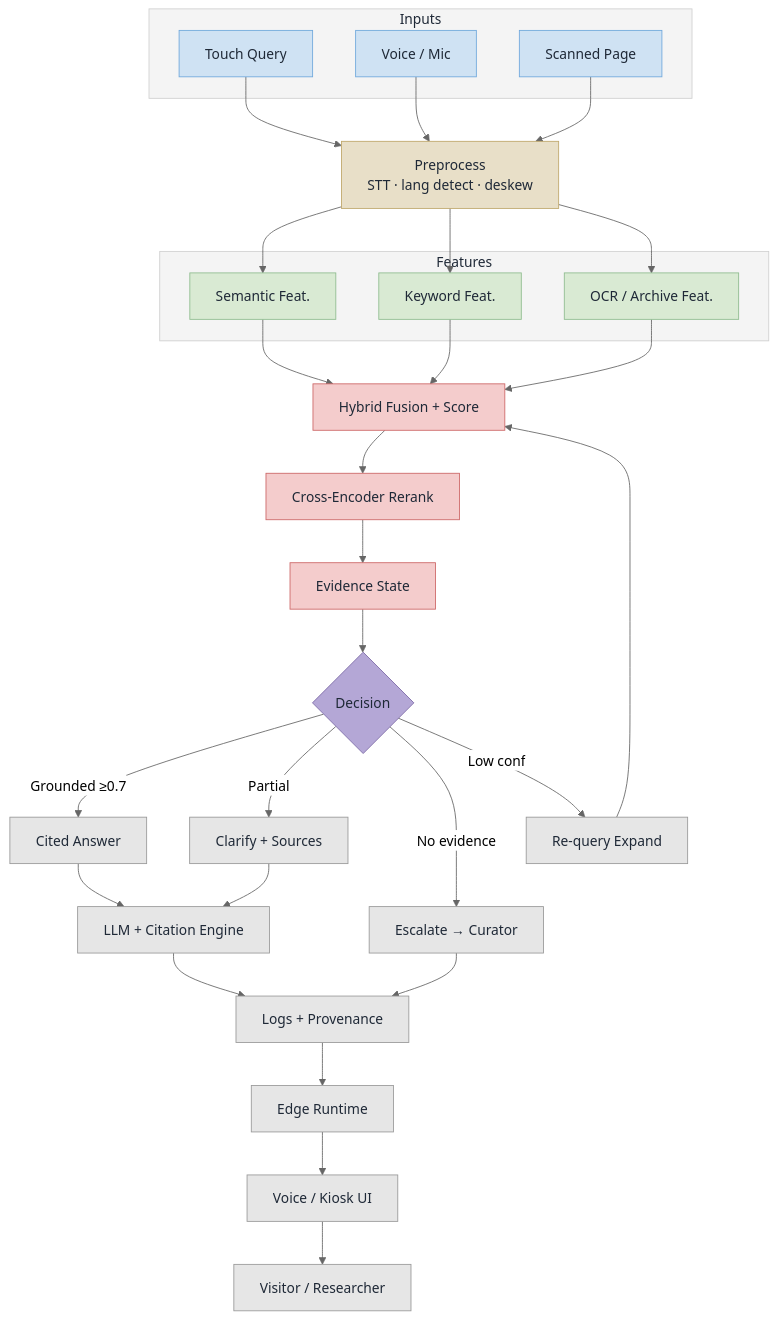
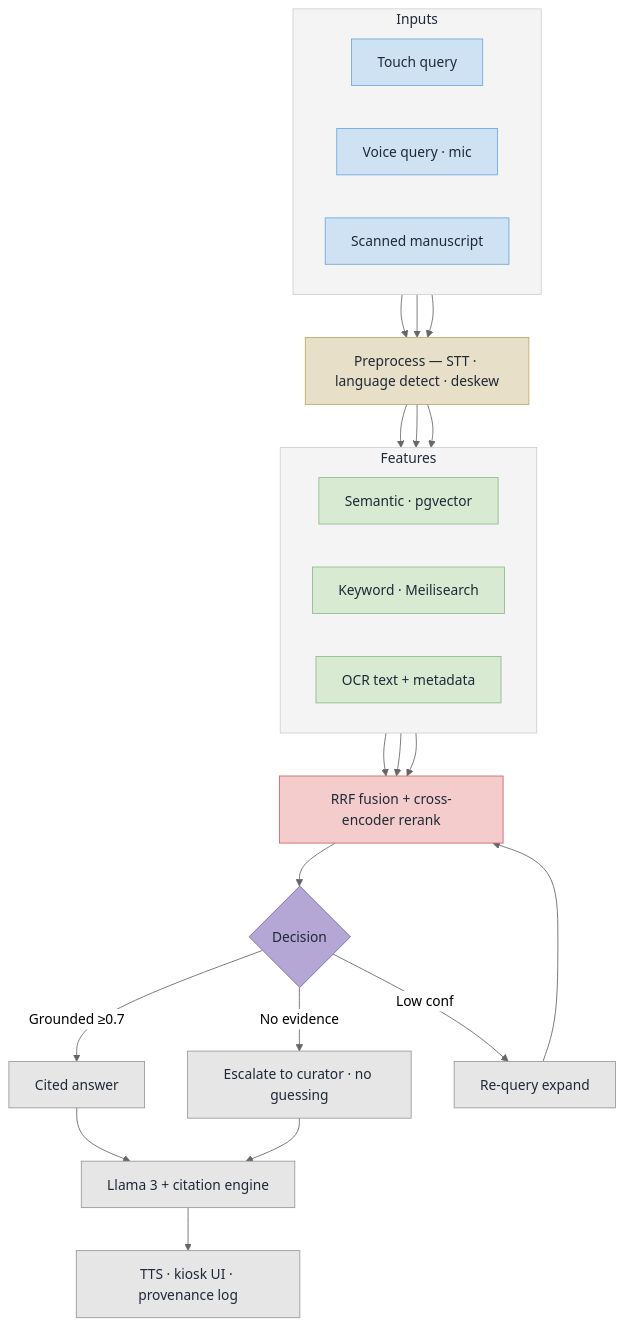
Before and after one commit to UdayPS-4o/SIH26: the diagram in 26096/architecture/implementation-flow.mmd, drawn with Mermaid (neutral theme). The commit also changed 13 other files, not shown here.

First line of the commit message:
Make implementation flow diagrams slide-sized; keep detailed variants

```diff
--- a/26096/architecture/implementation-flow.mmd
+++ b/26096/architecture/implementation-flow.mmd
@@ -1,62 +1,54 @@
 flowchart TD
     subgraph INPUTS[" Inputs "]
-        I1["Touch Query"]
-        I2["Voice / Mic"]
-        I3["Scanned Page"]
+        direction LR
+        I1["Touch query"]
+        I2["Voice query · mic"]
+        I3["Scanned manuscript"]
+    end
+
+    PRE["Preprocess — STT · language detect · deskew"]
+
+    subgraph FEATURES[" Features "]
+        direction LR
+        F1["Semantic · pgvector"]
+        F2["Keyword · Meilisearch"]
+        F3["OCR text + metadata"]
     end
 
     I1 --> PRE
     I2 --> PRE
     I3 --> PRE
-
-    PRE["Preprocess<br/>STT · lang detect · deskew"]
-
-    subgraph FEATURES[" Features "]
-        F1["Semantic Feat."]
-        F2["Keyword Feat."]
-        F3["OCR / Archive Feat."]
-    end
-
     PRE --> F1
     PRE --> F2
     PRE --> F3
 
-    F1 --> FUSE["Hybrid Fusion + Score"]
+    F1 --> FUSE["RRF fusion + cross-encoder rerank"]
     F2 --> FUSE
     F3 --> FUSE
 
-    FUSE --> RERANK["Cross-Encoder Rerank"]
-    RERANK --> STATE["Evidence State"]
-    STATE --> DEC{"Decision"}
+    FUSE --> DEC{"Decision"}
+    DEC -->|"Grounded ≥0.7"| B1["Cited answer"]
+    DEC -->|"No evidence"| B2["Escalate to curator · no guessing"]
+    DEC -->|"Low conf"| B3["Re-query expand"]
+    B3 --> FUSE
 
-    DEC -->|"Grounded ≥0.7"| B1["Cited Answer"]
-    DEC -->|"Partial"| B2["Clarify + Sources"]
-    DEC -->|"No evidence"| B3["Escalate → Curator"]
-    DEC -->|"Low conf"| B4["Re-query Expand"]
-    B4 --> FUSE
-
-    B1 --> GEN["LLM + Citation Engine"]
+    B1 --> GEN["Llama 3 + citation engine"]
     B2 --> GEN
-    B3 --> LOGS
-
-    GEN --> LOGS["Logs + Provenance"]
-    LOGS --> RUNTIME["Edge Runtime"]
-    RUNTIME --> VOICE["Voice / Kiosk UI"]
-    VOICE --> USER["Visitor / Researcher"]
+    GEN --> OUT["TTS · kiosk UI · provenance log"]
 
     classDef input fill:#cfe2f3,stroke:#6fa8dc,color:#1f2937;
     classDef pre fill:#e8dfc8,stroke:#bfa76a,color:#1f2937;
     classDef feat fill:#d9ead3,stroke:#8fbc8f,color:#1f2937;
     classDef score fill:#f4cccc,stroke:#cc6666,color:#1f2937;
     classDef dec fill:#b4a7d6,stroke:#7b68a6,color:#1f2937;
     classDef act fill:#e6e6e6,stroke:#999999,color:#1f2937;
 
     class I1,I2,I3 input;
     class PRE pre;
     class F1,F2,F3 feat;
-    class FUSE,RERANK,STATE score;
+    class FUSE score;
     class DEC dec;
-    class B1,B2,B3,B4,GEN,LOGS,RUNTIME,VOICE,USER act;
+    class B1,B2,B3,GEN,OUT act;
 
     style INPUTS fill:#f4f4f4,stroke:#d0d0d0,color:#1f2937;
     style FEATURES fill:#f4f4f4,stroke:#d0d0d0,color:#1f2937;
```
